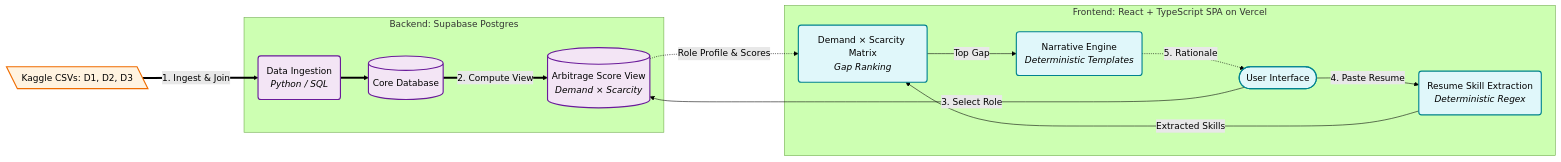
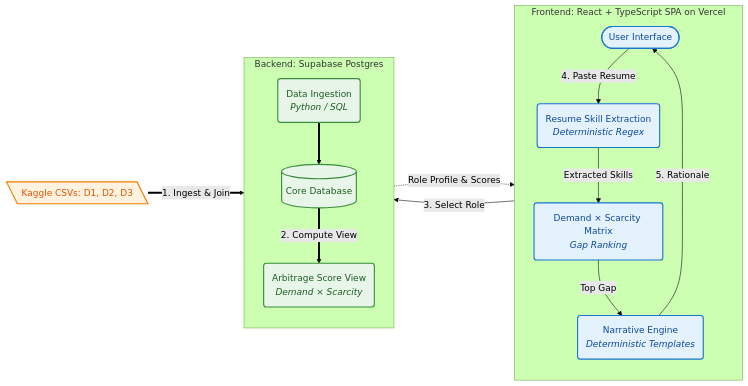
Before and after one commit to rhaeyyan/looking-glass: the diagram in README.md, drawn with Mermaid (forest theme). The commit also changed 1 other file, not shown here.

Commit message:
docs: apply specific mermaid styling provided by user
Verified-With: visual inspection

````diff
--- a/README.md
+++ b/README.md
@@ -101,37 +101,39 @@
 ```mermaid
 flowchart LR
-    %% Class Definitions
-    classDef frontend fill:#e0f7fa,stroke:#00838f,stroke-width:2px,color:#000
-    classDef backend fill:#f3e5f5,stroke:#6a1b9a,stroke-width:2px,color:#000
-    classDef external fill:#fff3e0,stroke:#ef6c00,stroke-width:2px,color:#000
+    %% Styling Definitions
+    classDef frontend fill:#e3f2fd,stroke:#1976d2,stroke-width:2px,color:#0d47a1
+    classDef backend fill:#e8f5e9,stroke:#388e3c,stroke-width:2px,color:#1b5e20
+    classDef external fill:#fff3e0,stroke:#f57c00,stroke-width:2px,color:#e65100
 
-    %% External Data
+    %% External Nodes
     CSV[\Kaggle CSVs: D1, D2, D3\]:::external
 
-    subgraph Server [Backend: Supabase Postgres]
-        Ingest(Data Ingestion<br/><i>Python / SQL</i>):::backend
-        DB[(Core Database)]:::backend
-        ScoreView[(Arbitrage Score View<br/><i>Demand × Scarcity</i>)]:::backend
-    end
-
     subgraph Client [Frontend: React + TypeScript SPA on Vercel]
+        direction TB
         UI([User Interface]):::frontend
         Regex(Resume Skill Extraction<br/><i>Deterministic Regex</i>):::frontend
         Matrix(Demand × Scarcity Matrix<br/><i>Gap Ranking</i>):::frontend
         Narrator(Narrative Engine<br/><i>Deterministic Templates</i>):::frontend
     end
 
-    %% Build time / Static
-    CSV == 1. Ingest & Join ==> Ingest
+    subgraph Server [Backend: Supabase Postgres]
+        direction TB
+        Ingest(Data Ingestion<br/><i>Python / SQL</i>):::backend
+        DB[(Core Database)]:::backend
+        ScoreView(Arbitrage Score View<br/><i>Demand × Scarcity</i>):::backend
+    end
+
+    %% Build time / Static (Thick Arrows)
+    CSV ==>|1. Ingest & Join| Ingest
     Ingest ==> DB
-    DB == 2. Compute View ==> ScoreView
+    DB ==>|2. Compute View| ScoreView
 
-    %% Runtime Flow
+    %% Runtime Flow (Standard & Dotted Arrows)
     UI -->|3. Select Role| ScoreView
     ScoreView -.->|Role Profile & Scores| Matrix
-    
+
     UI -->|4. Paste Resume| Regex
     Regex -->|Extracted Skills| Matrix
     Matrix -->|Top Gap| Narrator
-    Narrator -.->|5. Rationale| UI
+    Narrator -->|5. Rationale| UI
 ```
````
